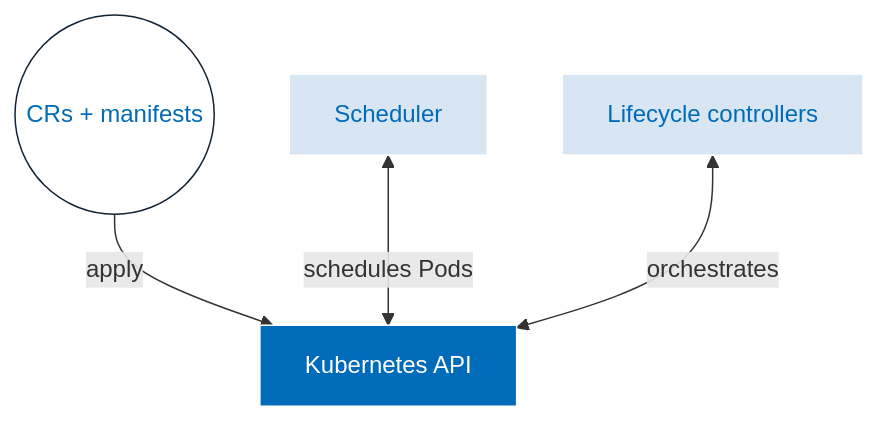
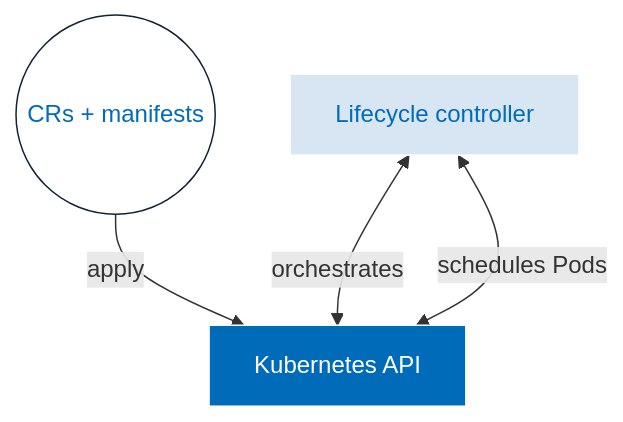
Before and after one commit to 365614269/CNCF-Incubating: the diagram in modules/keptn/docs/docs/components/lifecycle-operator/index.md, drawn with Mermaid. The commit also changed 843 other files, not shown here.

````diff
--- a/modules/keptn/docs/docs/components/lifecycle-operator/index.md
+++ b/modules/keptn/docs/docs/components/lifecycle-operator/index.md
@@ -20,12 +20,12 @@
 ```mermaid
 graph TD;
 
 G((CRs + manifests)) -- apply --> H[Kubernetes API]
-I[Scheduler] <-- schedules Pods --> H
-J[Lifecycle controllers] <-- orchestrates --> H
+I[Lifecycle controller] <-- orchestrates --> H
+I <-- schedules Pods --> H
+
     
 style H fill:#006bb8,stroke:#fff,stroke-width:px,color:#fff
 style I fill:#d8e6f4,stroke:#fff,stroke-width:px,color:#006bb8
-style J fill:#d8e6f4,stroke:#fff,stroke-width:px,color:#006bb8
 style G fill:#fff,stroke:#123,stroke-width:px,color:#006bb8
 ```
````
